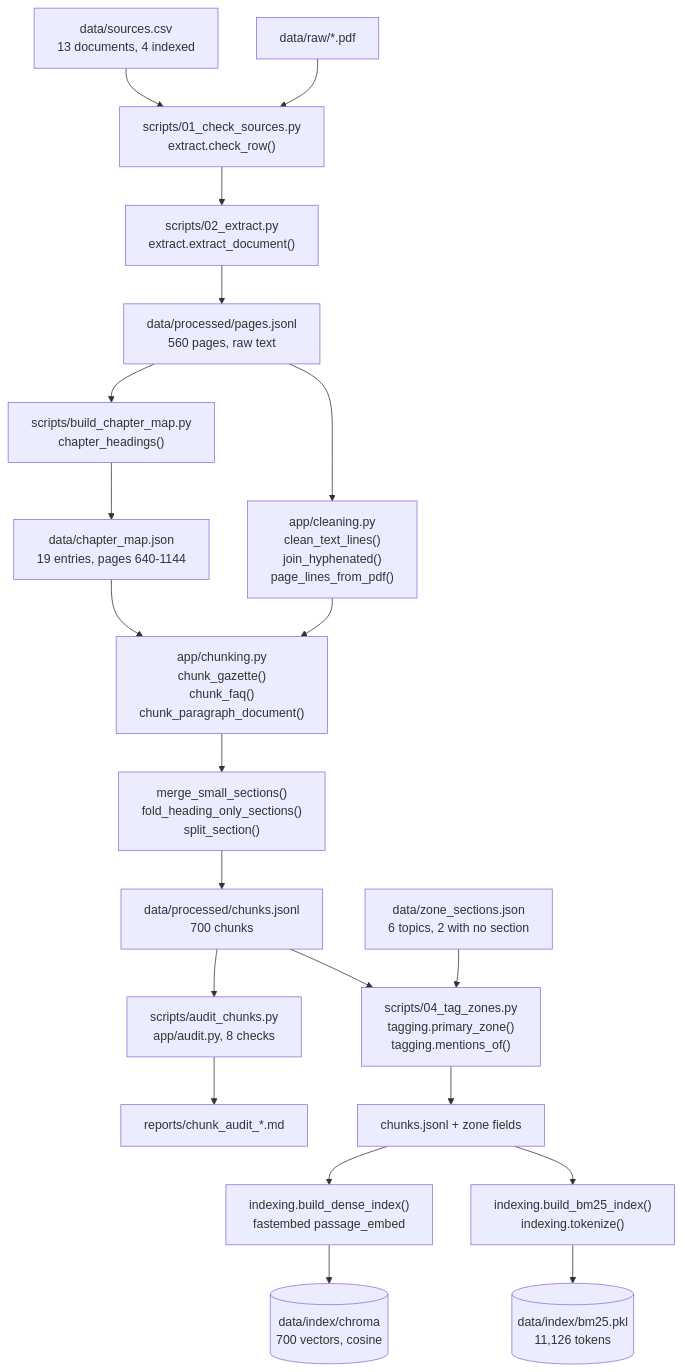
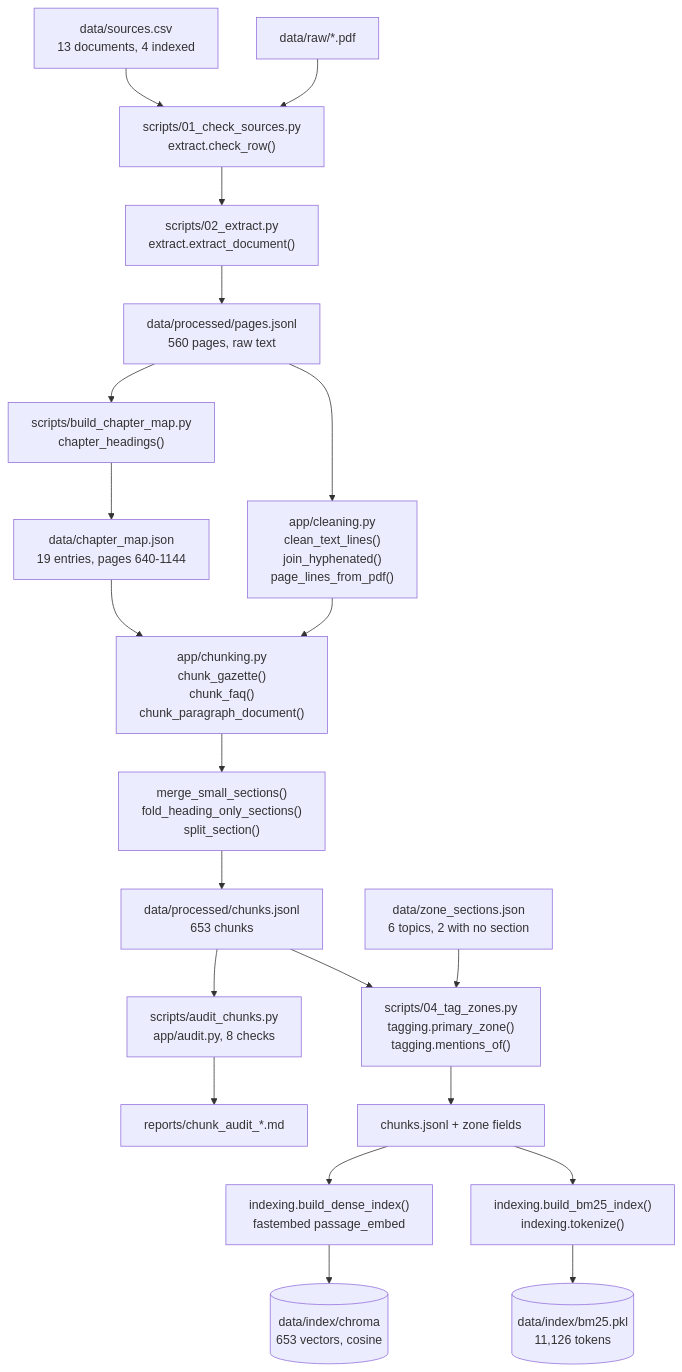
One commit to dhruv-ship-it/delhi-plan-rag changed the first of 7 diagrams in docs/ARCHITECTURE.md. Above: the diagram before and after it, drawn with Mermaid. The commit also changed 11 other files, not shown here.

````diff
--- a/docs/ARCHITECTURE.md
+++ b/docs/ARCHITECTURE.md
@@ -15,28 +15,28 @@
 ```mermaid
 flowchart TB
     CSV["data/sources.csv<br/>13 documents, 4 indexed"] --> CHECK
     PDFS["data/raw/*.pdf"] --> CHECK["scripts/01_check_sources.py<br/>extract.check_row()"]
     CHECK --> EXTRACT["scripts/02_extract.py<br/>extract.extract_document()"]
     EXTRACT --> PAGES["data/processed/pages.jsonl<br/>560 pages, raw text"]
 
     PAGES --> MAP["scripts/build_chapter_map.py<br/>chapter_headings()"]
     MAP --> CMAP["data/chapter_map.json<br/>19 entries, pages 640-1144"]
 
     PAGES --> CLEAN["app/cleaning.py<br/>clean_text_lines()<br/>join_hyphenated()<br/>page_lines_from_pdf()"]
     CMAP --> CHUNK
     CLEAN --> CHUNK["app/chunking.py<br/>chunk_gazette()<br/>chunk_faq()<br/>chunk_paragraph_document()"]
     CHUNK --> SPLIT["merge_small_sections()<br/>fold_heading_only_sections()<br/>split_section()"]
-    SPLIT --> CHUNKS["data/processed/chunks.jsonl<br/>700 chunks"]
+    SPLIT --> CHUNKS["data/processed/chunks.jsonl<br/>653 chunks"]
 
     CHUNKS --> AUDIT["scripts/audit_chunks.py<br/>app/audit.py, 8 checks"]
     AUDIT --> REP["reports/chunk_audit_*.md"]
 
     CHUNKS --> TAGS["scripts/04_tag_zones.py<br/>tagging.primary_zone()<br/>tagging.mentions_of()"]
     ZS["data/zone_sections.json<br/>6 topics, 2 with no section"] --> TAGS
     TAGS --> CHUNKS2["chunks.jsonl + zone fields"]
 
     CHUNKS2 --> DENSE["indexing.build_dense_index()<br/>fastembed passage_embed"]
     CHUNKS2 --> SPARSE["indexing.build_bm25_index()<br/>indexing.tokenize()"]
-    DENSE --> CHROMA[("data/index/chroma<br/>700 vectors, cosine")]
+    DENSE --> CHROMA[("data/index/chroma<br/>653 vectors, cosine")]
     SPARSE --> PKL[("data/index/bm25.pkl<br/>11,126 tokens")]
 ```
````
